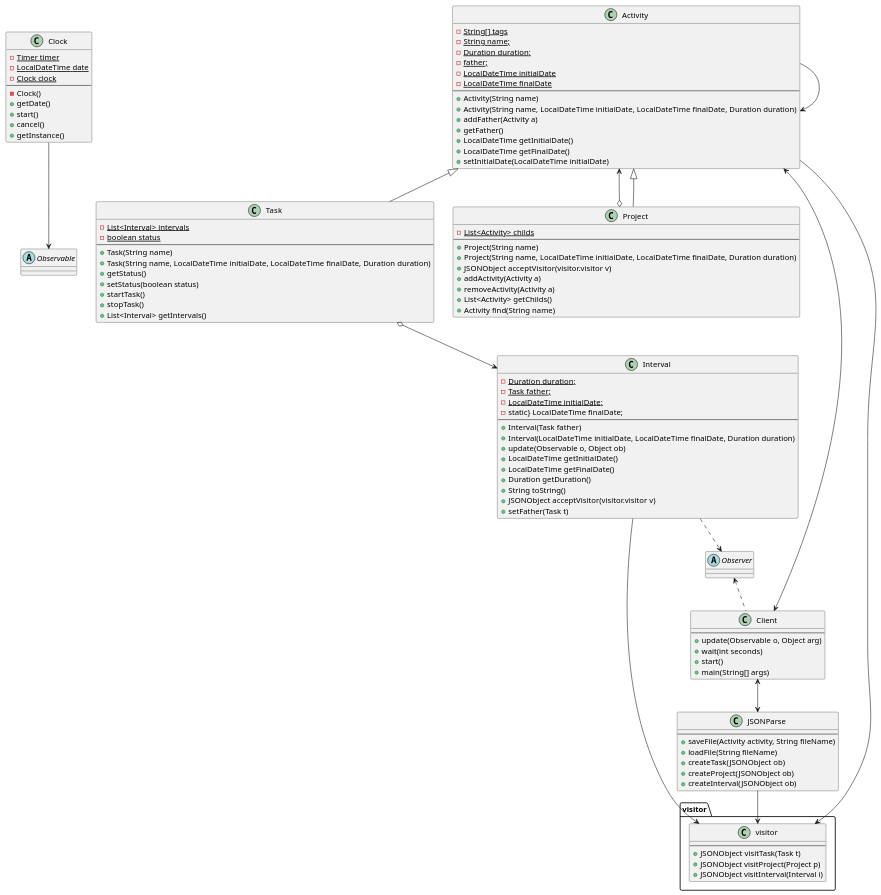
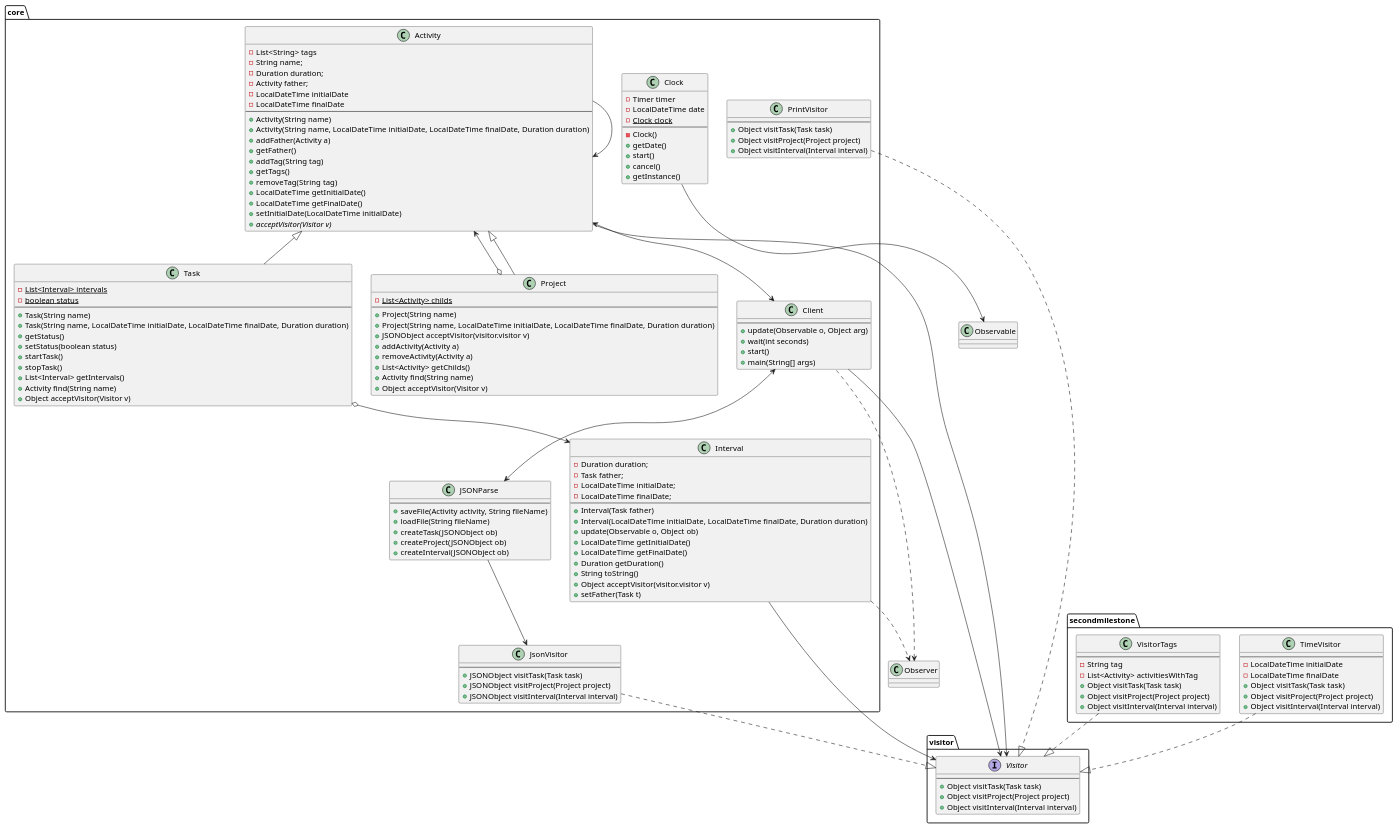
Before and after one commit to MarcSalaManzano/TimeTraker: the diagram in src/UMLDiagram.puml, drawn with PlantUML. The commit also changed 10 other files, not shown here.

```diff
--- a/src/UMLDiagram.puml
+++ b/src/UMLDiagram.puml
@@ -1,131 +1,159 @@
 @startuml
 
 
-abstract class Clock
-abstract class Observable
-abstract class Activity
-abstract class Interval
-abstract class Observer
-abstract class Task
-abstract class Project
-abstract class JSONParse
-abstract class Client
-abstract class visitor.visitor
-
-
-
-Activity <--> Client
-Activity --> Activity
-Activity <--o Project
-Activity <|-- Project
-Activity <|-- Task
-Task o--> Interval
-Interval ..> Observer
-Observer <.. Client
-Client <--> JSONParse
-Clock --> Observable
-JSONParse --> visitor.visitor
-Activity --> visitor.visitor
-Interval --> visitor.visitor
-
-
-
-class Clock {
-- {static} Timer timer
-- {static} LocalDateTime date
+class core.Clock {
+- Timer timer
+- LocalDateTime date
 - {static} Clock clock
 --
 - Clock()
 + getDate()
 + start()
 + cancel()
 + getInstance()
 }
 
-class Activity{
-- {static} String[] tags
-- {static} String name;
-- {static} Duration duration;
-- {static} father;
-- {static} LocalDateTime initialDate
-- {static} LocalDateTime finalDate
+class core.Activity{
+- List<String> tags
+- String name;
+- Duration duration;
+- Activity father;
+- LocalDateTime initialDate
+- LocalDateTime finalDate
 --
 + Activity(String name)
 + Activity(String name, LocalDateTime initialDate, LocalDateTime finalDate, Duration duration)
 + addFather(Activity a)
 + getFather()
++ addTag(String tag)
++ getTags()
++ removeTag(String tag)
 + LocalDateTime getInitialDate()
 + LocalDateTime getFinalDate()
 + setInitialDate(LocalDateTime initialDate)
++ {abstract} acceptVisitor(Visitor v)
 }
 
-class Interval{
-- {static} Duration duration;
-- {static} Task father;
-- {static} LocalDateTime initialDate;
-- static} LocalDateTime finalDate;
+class core.Interval{
+- Duration duration;
+- Task father;
+- LocalDateTime initialDate;
+- LocalDateTime finalDate;
 --
 + Interval(Task father)
 + Interval(LocalDateTime initialDate, LocalDateTime finalDate, Duration duration)
 + update(Observable o, Object ob)
 + LocalDateTime getInitialDate()
 + LocalDateTime getFinalDate()
 + Duration getDuration()
 + String toString()
-+ JSONObject acceptVisitor(visitor.visitor v)
++ Object acceptVisitor(visitor.visitor v)
 + setFather(Task t)
 }
 
-class Task{
+class core.Task{
 - {static} List<Interval> intervals
 - {static} boolean status
 --
 + Task(String name)
 + Task(String name, LocalDateTime initialDate, LocalDateTime finalDate, Duration duration)
 + getStatus()
 + setStatus(boolean status)
 + startTask()
 + stopTask()
 + List<Interval> getIntervals()
++ Activity find(String name)
++ Object acceptVisitor(Visitor v)
 }
 
-class Project{
+class core.Project{
 - {static} List<Activity> childs
 --
 + Project(String name)
 + Project(String name, LocalDateTime initialDate, LocalDateTime finalDate, Duration duration)
 + JSONObject acceptVisitor(visitor.visitor v)
 + addActivity(Activity a)
 + removeActivity(Activity a)
 + List<Activity> getChilds()
 + Activity find(String name)
++ Object acceptVisitor(Visitor v)
 }
 
 
-class Client{
+class core.Client{
 --
 + update(Observable o, Object arg)
 + wait(int seconds)
 + start()
 + main(String[] args)
 }
 
 
-class JSONParse{
+class core.JSONParse{
 --
 + saveFile(Activity activity, String fileName)
 + loadFile(String fileName)
 + createTask(JSONObject ob)
 + createProject(JSONObject ob)
 + createInterval(JSONObject ob)
 }
 
-class visitor.visitor {
+class core.PrintVisitor {
 --
-+ JSONObject visitTask(Task t)
-+ JSONObject visitProject(Project p)
-+ JSONObject visitInterval(Interval i)
++ Object visitTask(Task task)
++ Object visitProject(Project project)
++ Object visitInterval(Interval interval)
+}
+
+class core.JsonVisitor {
+--
++ JSONObject visitTask(Task task)
++ JSONObject visitProject(Project project)
++ JSONObject visitInterval(Interval interval)
+}
+
+interface visitor.Visitor {
+--
++ Object visitTask(Task task)
++ Object visitProject(Project project)
++ Object visitInterval(Interval interval)
+}
+
+class secondmilestone.TimeVisitor {
+--
+- LocalDateTime initialDate
+- LocalDateTime finalDate
++ Object visitTask(Task task)
++ Object visitProject(Project project)
++ Object visitInterval(Interval interval)
+}
+
+class secondmilestone.VisitorTags {
+--
+- String tag
+- List<Activity> activitiesWithTag
++ Object visitTask(Task task)
++ Object visitProject(Project project)
++ Object visitInterval(Interval interval)
 }
 
 
+core.Activity <--> core.Client
+core.Activity --> core.Activity
+core.Activity <--o core.Project
+core.Activity <|-- core.Project
+core.Activity <|-- core.Task
+core.Task o--> core.Interval
+core.Interval ..> Observer
+Observer <.. core.Client
+core.Client <--> core.JSONParse
+core.Clock --> Observable
+core.JSONParse --> core.JsonVisitor
+core.Activity --> visitor.Visitor
+core.Interval --> visitor.Visitor
+core.JsonVisitor ..|> visitor.Visitor
+core.PrintVisitor ..|> visitor.Visitor
+secondmilestone.TimeVisitor ..|> visitor.Visitor
+secondmilestone.VisitorTags ..|> visitor.Visitor
+core.Client --> visitor.Visitor
 @enduml
```
